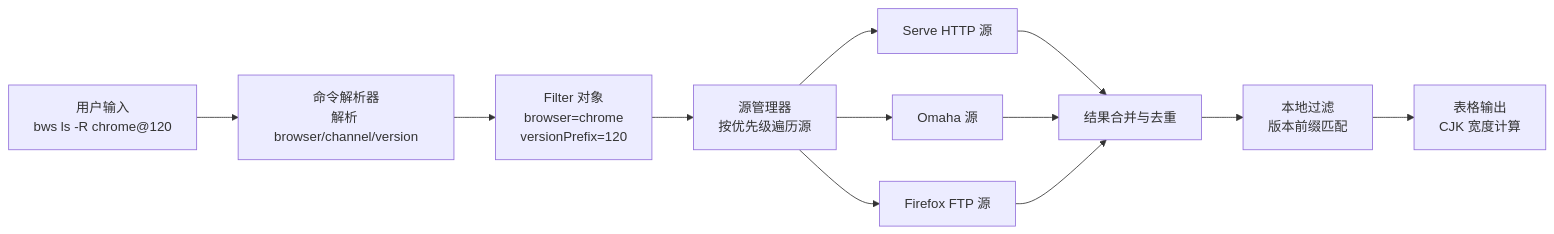
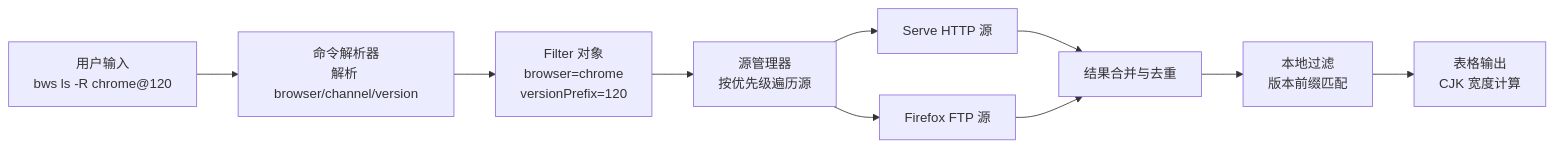
Before and after one commit to hyjiacan/browser-workshop: the fifth of 11 diagrams in docs/guide/design.md, drawn with Mermaid. The commit also changed other lines of this file and 47 other files, not shown here.

````diff
--- a/docs/guide/design.md
+++ b/docs/guide/design.md
@@ -198,25 +188,22 @@
 ```mermaid
 graph LR
     User["用户输入<br/>bws ls -R chrome@120"]
     Parser["命令解析器<br/>解析 browser/channel/version"]
     Filter["Filter 对象<br/>browser=chrome<br/>versionPrefix=120"]
     SourceMgr["源管理器<br/>按优先级遍历源"]
     ServeSrc["Serve HTTP 源"]
-    OmahaSrc["Omaha 源"]
     FFTP["Firefox FTP 源"]
     Merger["结果合并与去重"]
     LocalFilter["本地过滤<br/>版本前缀匹配"]
     Output["表格输出<br/>CJK 宽度计算"]
 
     User --> Parser
     Parser --> Filter
     Filter --> SourceMgr
     SourceMgr --> ServeSrc
-    SourceMgr --> OmahaSrc
     SourceMgr --> FFTP
     ServeSrc --> Merger
-    OmahaSrc --> Merger
     FFTP --> Merger
     Merger --> LocalFilter
     LocalFilter --> Output
 ```
````
